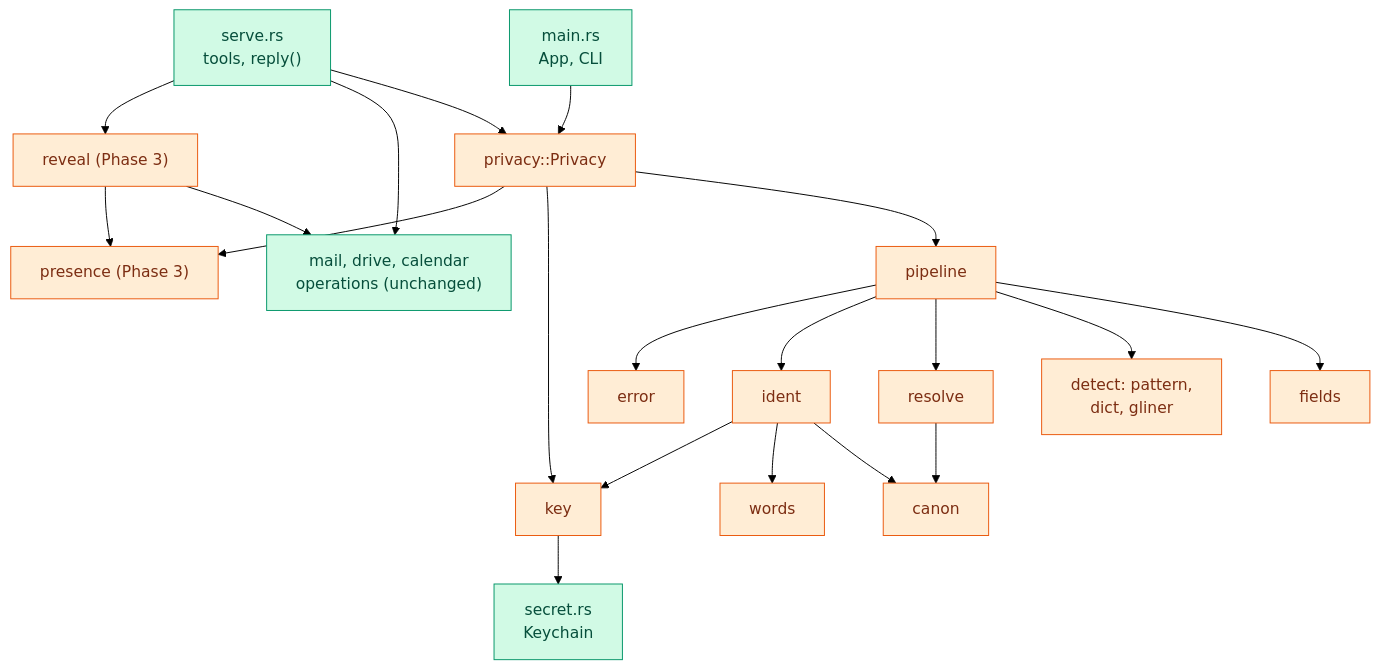
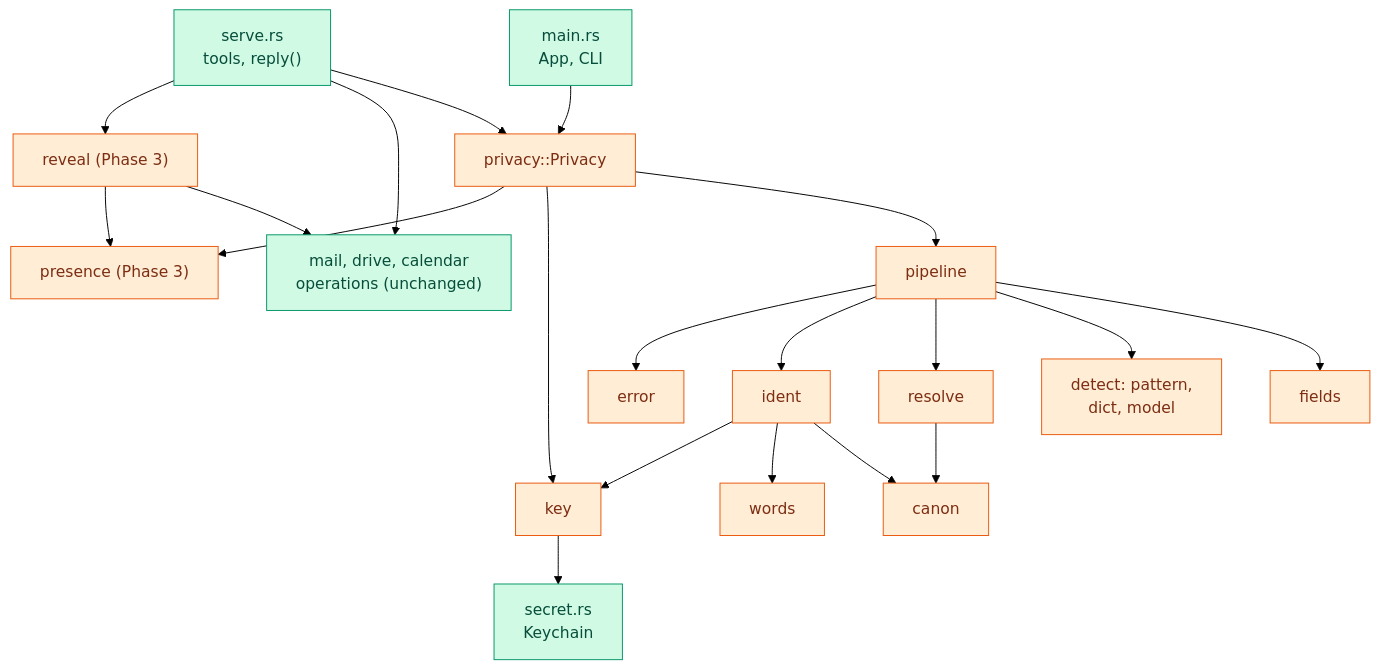
Before and after one commit to matt-w-horn/protonctl: the first of 11 diagrams in docs/rfc-0001/lld-privacy-layer.md, drawn with Mermaid (forest theme). The commit also changed other lines of this file and 13 other files, not shown here.

````diff
--- a/docs/rfc-0001/lld-privacy-layer.md
+++ b/docs/rfc-0001/lld-privacy-layer.md
@@ -92,27 +92,27 @@
 ```mermaid
 flowchart TB
     serve["serve.rs<br/>tools, reply()"] --> priv["privacy::Privacy"]
     main["main.rs<br/>App, CLI"] --> priv
     serve --> ops["mail, drive, calendar<br/>operations (unchanged)"]
     priv --> pipe["pipeline"]
     priv --> key["key"]
     priv --> pres["presence (Phase 3)"]
     pipe --> fields["fields"]
-    pipe --> det["detect: pattern,<br/>dict, gliner"]
+    pipe --> det["detect: pattern,<br/>dict, model"]
     pipe --> res["resolve"]
     pipe --> ident["ident"]
     pipe --> err["error"]
     res --> canon["canon"]
     ident --> canon
     ident --> words["words"]
     ident --> key
     key --> secret["secret.rs<br/>Keychain"]
     rev["reveal (Phase 3)"] --> ops
     rev --> pres
     serve --> rev
 
     classDef new fill:#FFEDD5,stroke:#EA580C,color:#7C2D12
     classDef old fill:#D1FAE5,stroke:#059669,color:#064E3B
     class priv,pipe,key,pres,fields,det,res,ident,err,canon,words,rev new
     class serve,main,ops,secret old
 ```
````
